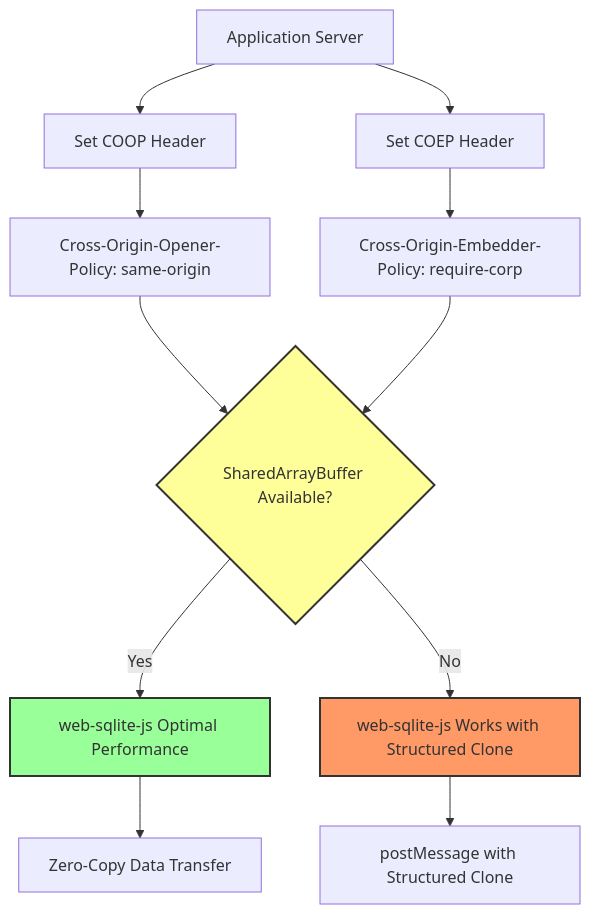
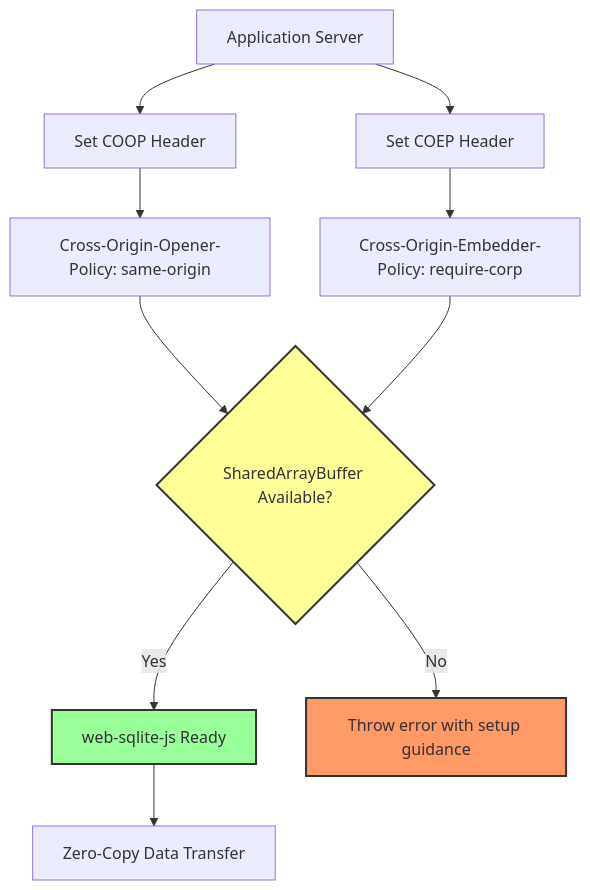
Before and after one commit to wuchuheng/web-sqlite-v2: the diagram in docs/04-adr/0005-coop-coep-requirement.md, drawn with Mermaid. The commit also changed other lines of this file and 21 other files, not shown here.

````diff
--- a/docs/04-adr/0005-coop-coep-requirement.md
+++ b/docs/04-adr/0005-coop-coep-requirement.md
@@ -42,21 +42,20 @@
 ```mermaid
 graph TB
     A[Application Server] --> B[Set COOP Header]
     A --> C[Set COEP Header]
 
     B --> D[Cross-Origin-Opener-Policy: same-origin]
     C --> E[Cross-Origin-Embedder-Policy: require-corp]
 
     D --> F{SharedArrayBuffer Available?}
     E --> F
 
-    F -->|Yes| G[web-sqlite-js Optimal Performance]
-    F -->|No| H[web-sqlite-js Works with Structured Clone]
+    F -->|Yes| G[web-sqlite-js Ready]
+    F -->|No| H[Throw error with setup guidance]
 
     G --> I[Zero-Copy Data Transfer]
-    H --> J[postMessage with Structured Clone]
 
     style F fill:#ff9,stroke:#333,stroke-width:2px
     style G fill:#9f9,stroke:#333,stroke-width:2px
     style H fill:#f96,stroke:#333,stroke-width:2px
 ```
````
